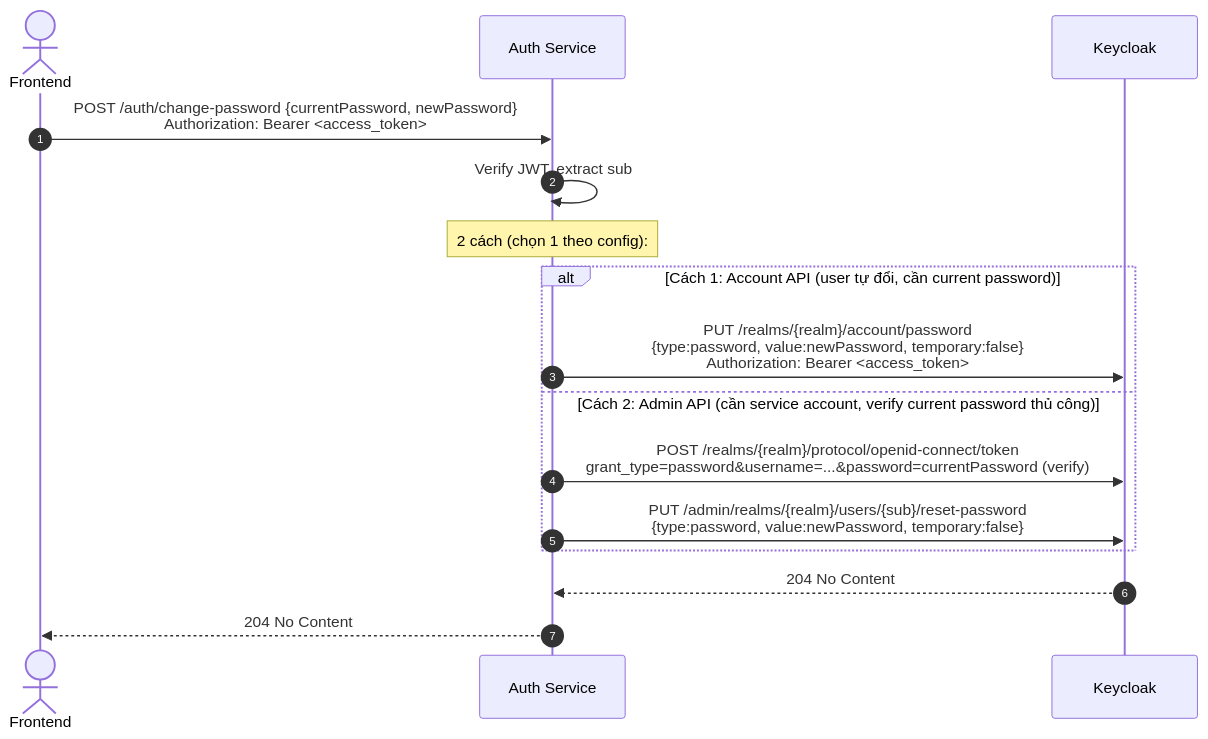
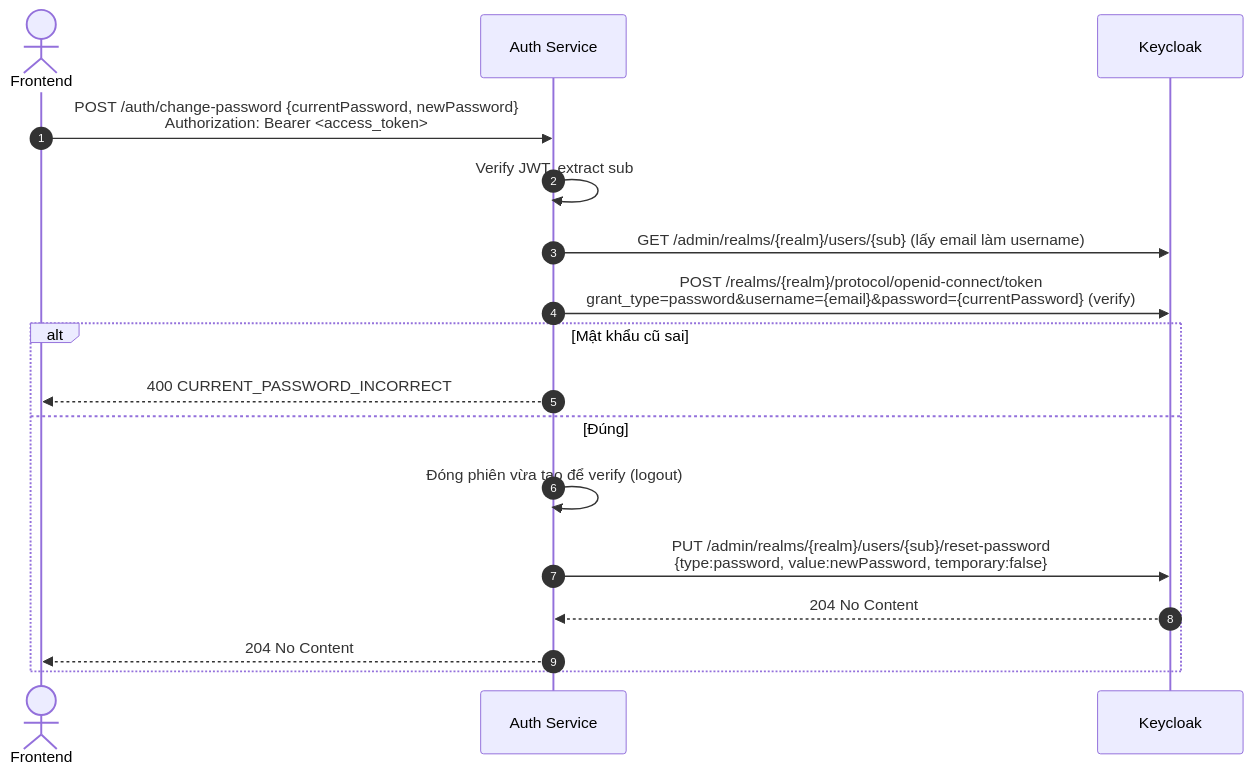
The sixth of 13 diagrams in docs/architecture/auth-keycloak-flows.md (duymk123/EventHub), drawn with Mermaid before and after one commit. The commit also changed other lines of this file and 27 other files, not shown here.

````diff
--- a/docs/architecture/auth-keycloak-flows.md
+++ b/docs/architecture/auth-keycloak-flows.md
@@ -159,19 +159,20 @@
 ```mermaid
 sequenceDiagram
     autonumber
     actor FE as Frontend
     participant AS as Auth Service
     participant KC as Keycloak
 
     FE->>AS: POST /auth/change-password {currentPassword, newPassword}<br/>Authorization: Bearer <access_token>
     AS->>AS: Verify JWT, extract sub
-    Note over AS: 2 cách (chọn 1 theo config):
-    alt Cách 1: Account API (user tự đổi, cần current password)
-        AS->>KC: PUT /realms/{realm}/account/password<br/>{type:password, value:newPassword, temporary:false}<br/>Authorization: Bearer <access_token>
-    else Cách 2: Admin API (cần service account, verify current password thủ công)
-        AS->>KC: POST /realms/{realm}/protocol/openid-connect/token<br/>grant_type=password&username=...&password=currentPassword (verify)
+    AS->>KC: GET /admin/realms/{realm}/users/{sub} (lấy email làm username)
+    AS->>KC: POST /realms/{realm}/protocol/openid-connect/token<br/>grant_type=password&username={email}&password={currentPassword} (verify)
+    alt Mật khẩu cũ sai
+        AS-->>FE: 400 CURRENT_PASSWORD_INCORRECT
+    else Đúng
+        AS->>AS: Đóng phiên vừa tạo để verify (logout)
         AS->>KC: PUT /admin/realms/{realm}/users/{sub}/reset-password<br/>{type:password, value:newPassword, temporary:false}
+        KC-->>AS: 204 No Content
+        AS-->>FE: 204 No Content
     end
-    KC-->>AS: 204 No Content
-    AS-->>FE: 204 No Content
 ```
````
